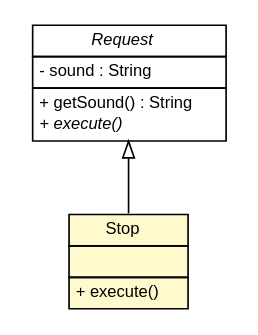
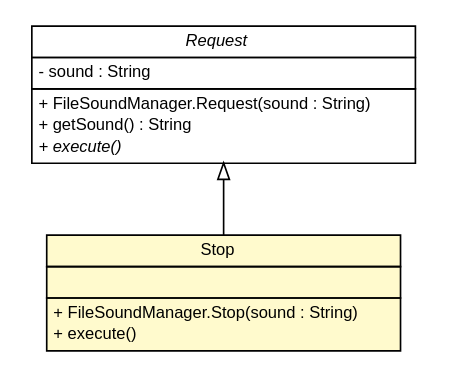
One commit to sinopeus/asteroids changed the diagram in doc/main/FileSoundManager.Stop.dot. Above: the diagram before and after it, drawn with Graphviz. The commit also changed 940 other files, not shown here.

```diff
--- a/doc/main/FileSoundManager.Stop.dot
+++ b/doc/main/FileSoundManager.Stop.dot
@@ -1,39 +1,41 @@
 #!/usr/local/bin/dot
 #
 # Class diagram 
 # Generated by UMLGraph version R5_6 (http://www.umlgraph.org/)
 #
 
 digraph G {
 	edge [fontname="Helvetica",fontsize=10,labelfontname="Helvetica",labelfontsize=10];
 	node [fontname="Helvetica",fontsize=10,shape=plaintext];
 	nodesep=0.25;
 	ranksep=0.5;
 	// main.FileSoundManager.Request
-	c9300 [label=<<table title="main.FileSoundManager.Request" border="0" cellborder="1" cellspacing="0" cellpadding="2" port="p" href="./FileSoundManager.Request.html">
+	c9343 [label=<<table title="main.FileSoundManager.Request" border="0" cellborder="1" cellspacing="0" cellpadding="2" port="p" href="./FileSoundManager.Request.html">
 		<tr><td><table border="0" cellspacing="0" cellpadding="1">
 <tr><td align="center" balign="center"><font face="Helvetica-Oblique"> Request </font></td></tr>
 		</table></td></tr>
 		<tr><td><table border="0" cellspacing="0" cellpadding="1">
 <tr><td align="left" balign="left"> - sound : String </td></tr>
 		</table></td></tr>
 		<tr><td><table border="0" cellspacing="0" cellpadding="1">
+<tr><td align="left" balign="left"> + FileSoundManager.Request(sound : String) </td></tr>
 <tr><td align="left" balign="left"> + getSound() : String </td></tr>
 <tr><td align="left" balign="left"><font face="Helvetica-Oblique" point-size="10.0"> + execute() </font></td></tr>
 		</table></td></tr>
 		</table>>, URL="./FileSoundManager.Request.html", fontname="Helvetica", fontcolor="black", fontsize=10.0];
 	// main.FileSoundManager.Stop
-	c9302 [label=<<table title="main.FileSoundManager.Stop" border="0" cellborder="1" cellspacing="0" cellpadding="2" port="p" bgcolor="lemonChiffon" href="./FileSoundManager.Stop.html">
+	c9345 [label=<<table title="main.FileSoundManager.Stop" border="0" cellborder="1" cellspacing="0" cellpadding="2" port="p" bgcolor="lemonChiffon" href="./FileSoundManager.Stop.html">
 		<tr><td><table border="0" cellspacing="0" cellpadding="1">
 <tr><td align="center" balign="center"> Stop </td></tr>
 		</table></td></tr>
 		<tr><td><table border="0" cellspacing="0" cellpadding="1">
 <tr><td align="left" balign="left">  </td></tr>
 		</table></td></tr>
 		<tr><td><table border="0" cellspacing="0" cellpadding="1">
+<tr><td align="left" balign="left"> + FileSoundManager.Stop(sound : String) </td></tr>
 <tr><td align="left" balign="left"> + execute() </td></tr>
 		</table></td></tr>
 		</table>>, URL="./FileSoundManager.Stop.html", fontname="Helvetica", fontcolor="black", fontsize=10.0];
 	//main.FileSoundManager.Stop extends main.FileSoundManager.Request
-	c9300:p -> c9302:p [dir=back,arrowtail=empty];
+	c9343:p -> c9345:p [dir=back,arrowtail=empty];
 }
```
